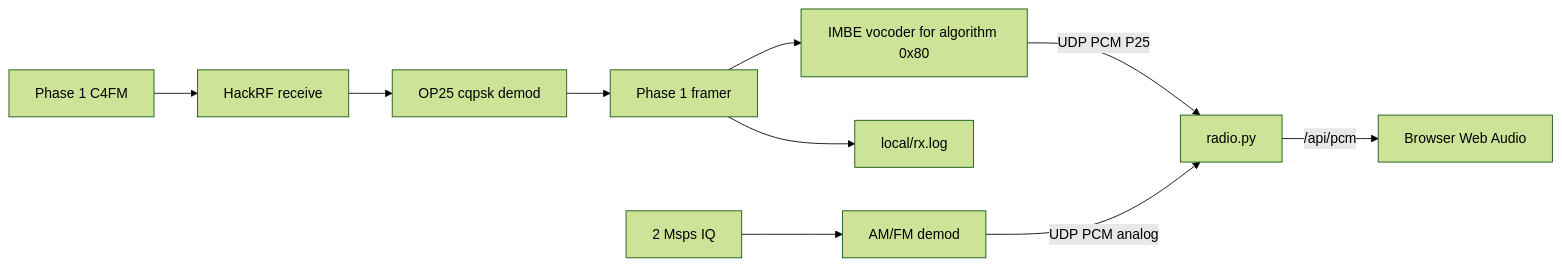
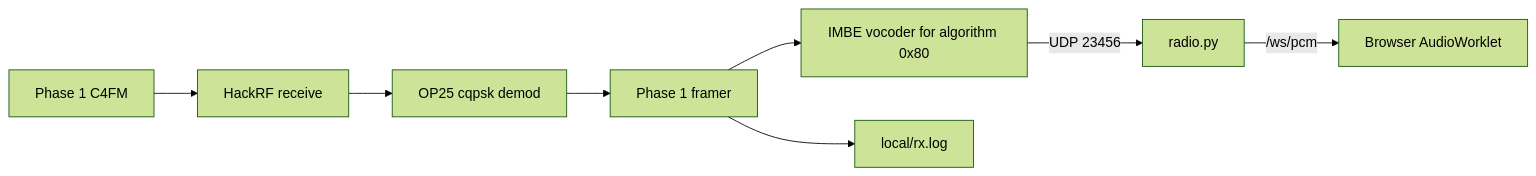
The sixth of 8 diagrams in README.md (tmdrake/jim-p25), drawn with Mermaid (forest theme) before and after one commit. The commit also changed other lines of this file and 9 other files, not shown here.

````diff
--- a/README.md
+++ b/README.md
@@ -179,12 +177,10 @@
 ```mermaid
 flowchart LR
     air[Phase 1 C4FM] --> hackrf[HackRF receive]
     hackrf --> demod[OP25 cqpsk demod]
     demod --> frames[Phase 1 framer]
     frames --> vocoder[IMBE vocoder for algorithm 0x80]
-    vocoder -->|UDP PCM P25| tap[radio.py]
-    iq[2 Msps IQ] --> analog[AM/FM demod]
-    analog -->|UDP PCM analog| tap
-    tap -->|/api/pcm| browser[Browser Web Audio]
+    vocoder -->|UDP 23456| tap[radio.py]
+    tap -->|/ws/pcm| browser[Browser AudioWorklet]
     frames --> log[local/rx.log]
 ```
````
